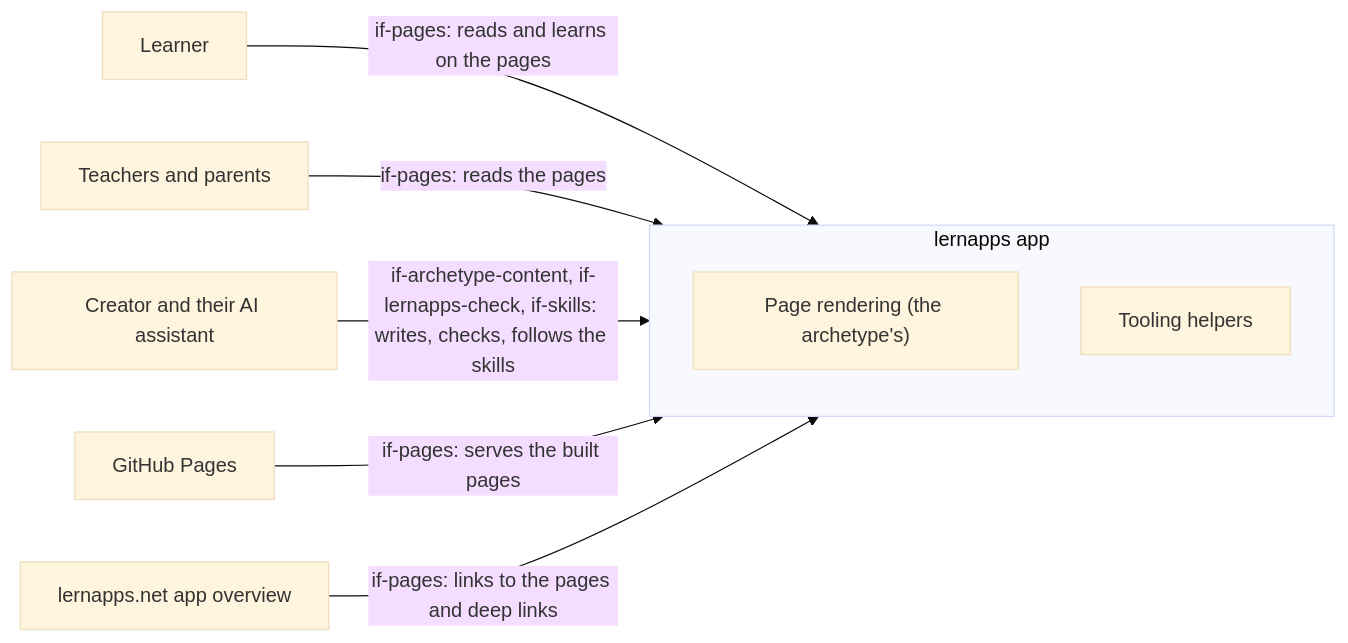
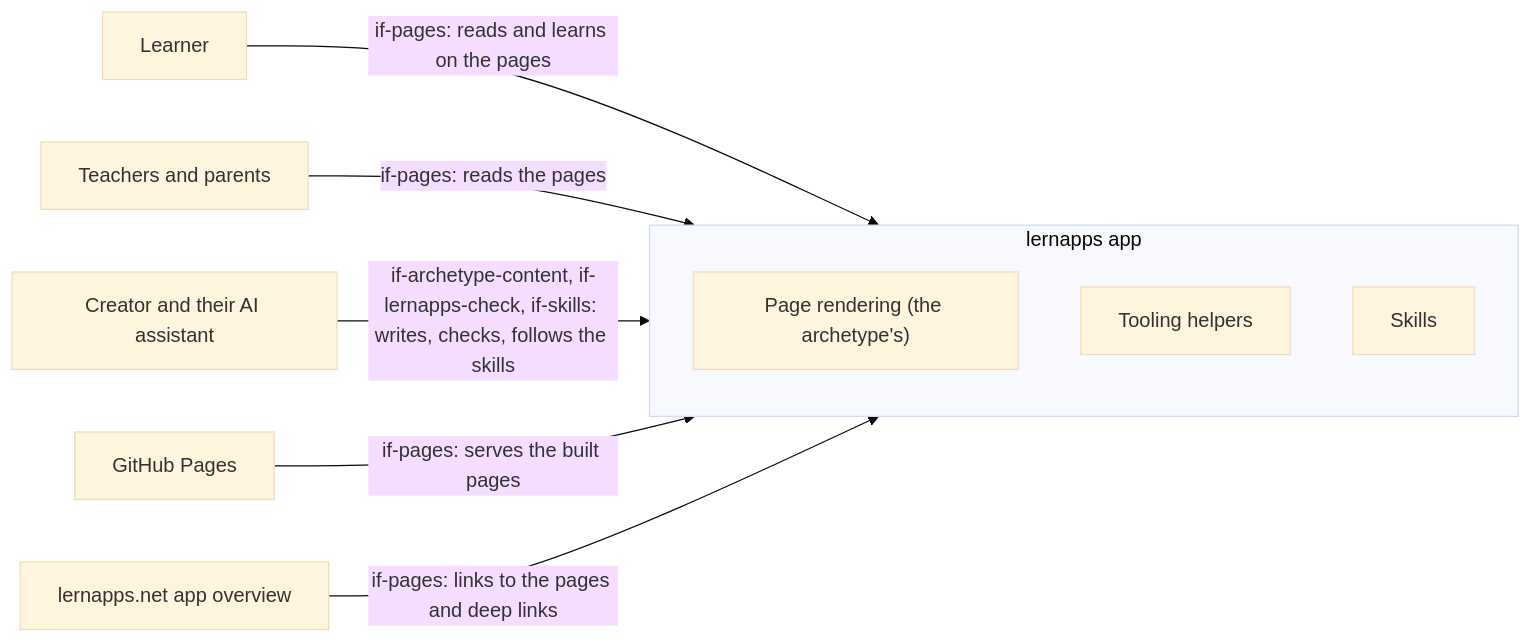
The diagram in docs/arc42/03-system-context.arc42.md (lernapps/app-templates), drawn with Mermaid (base theme) before and after one commit. The commit also changed 16 other files, not shown here.

````diff
--- a/docs/arc42/03-system-context.arc42.md
+++ b/docs/arc42/03-system-context.arc42.md
@@ -22,17 +22,18 @@
 ```mermaid
 flowchart LR
     actor-learner["Learner"]
     actor-teacher-parent["Teachers and parents"]
     actor-creator-assistant["Creator and their AI assistant"]
     actor-github-pages["GitHub Pages"]
     actor-app-overview["lernapps.net app overview"]
     subgraph system["lernapps app"]
         bb-render["Page rendering (the archetype's)"]
         bb-tooling["Tooling helpers"]
+        bb-skills["Skills"]
     end
     actor-learner -->|"if-pages: reads and learns on the pages"| system
     actor-teacher-parent -->|"if-pages: reads the pages"| system
     actor-creator-assistant -->|"if-archetype-content, if-lernapps-check, if-skills: writes, checks, follows the skills"| system
     actor-github-pages -->|"if-pages: serves the built pages"| system
     actor-app-overview -->|"if-pages: links to the pages and deep links"| system
 ```
````
